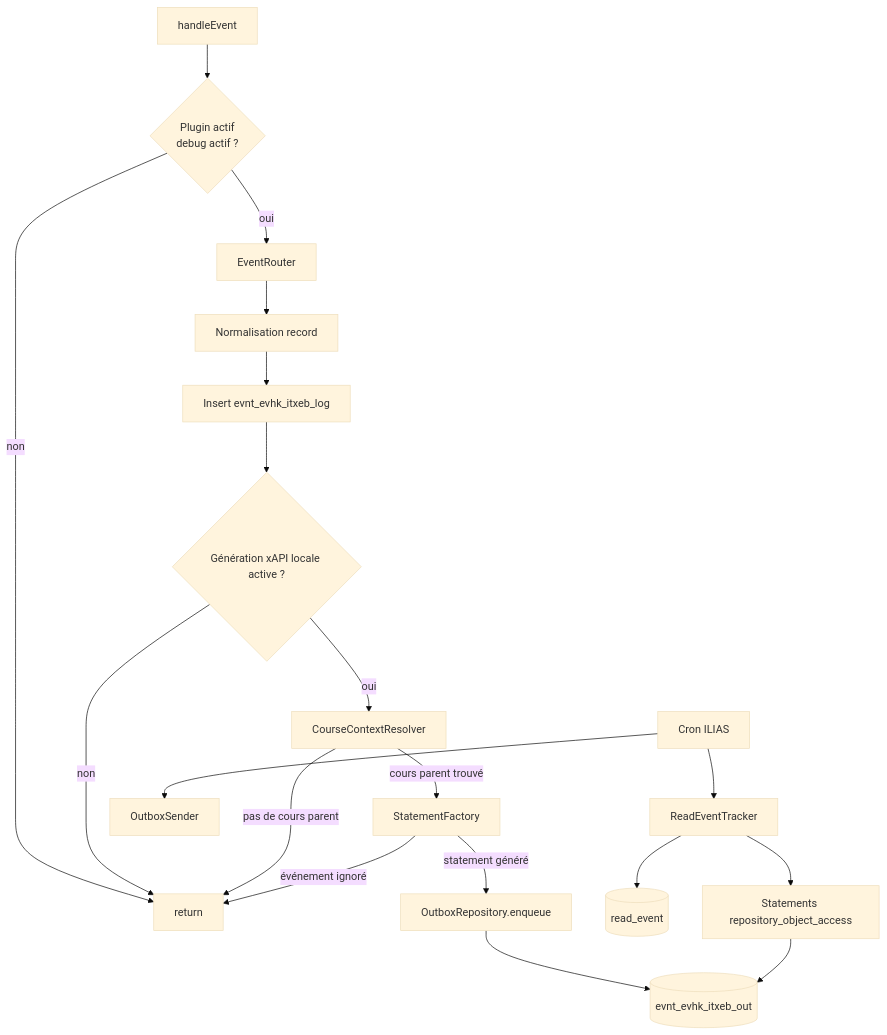
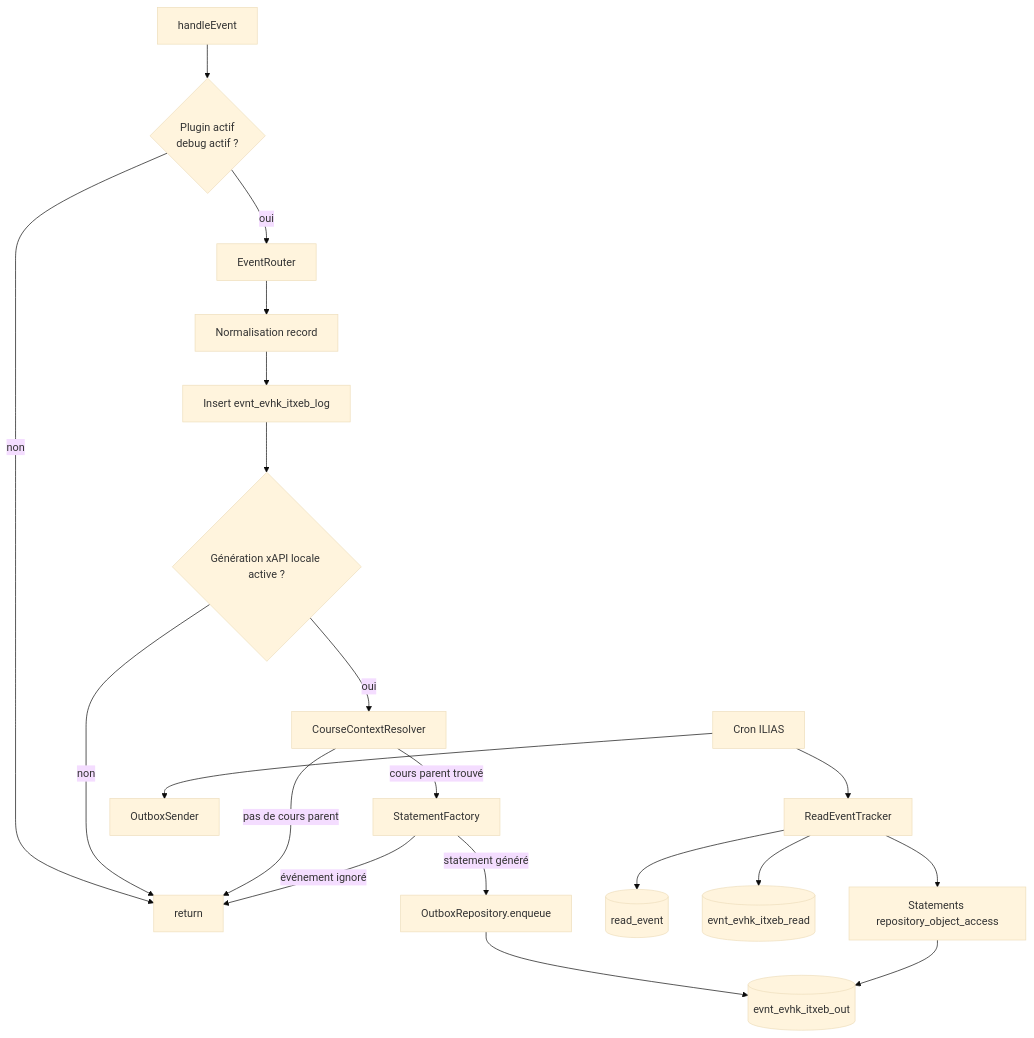
The diagram in README_TECHNIQUE.md (vincent-sayah/IliasTraxEventBridge), drawn with Mermaid (base theme) before and after one commit. The commit also changed other lines of this file, not shown here.

````diff
--- a/README_TECHNIQUE.md
+++ b/README_TECHNIQUE.md
@@ -51,24 +121,25 @@
 ```mermaid
 flowchart TD
     H[handleEvent] --> C{Plugin actif<br>debug actif ?}
     C -->|non| END[return]
     C -->|oui| R[EventRouter]
 
     R --> N[Normalisation record]
     N --> L[Insert evnt_evhk_itxeb_log]
     L --> G{Génération xAPI locale active ?}
     G -->|non| END
     G -->|oui| CRS[CourseContextResolver]
     CRS -->|pas de cours parent| END
     CRS -->|cours parent trouvé| F[StatementFactory]
 
     F -->|événement ignoré| END
     F -->|statement généré| O[OutboxRepository.enqueue]
     O --> DB[(evnt_evhk_itxeb_out)]
 
     CRON[Cron ILIAS] --> READ[ReadEventTracker]
     READ --> READDB[(read_event)]
+    READ --> DEDUP[(evnt_evhk_itxeb_read)]
     READ --> OUT[Statements repository_object_access]
     OUT --> DB
     CRON --> SEND[OutboxSender]
 ```
````
